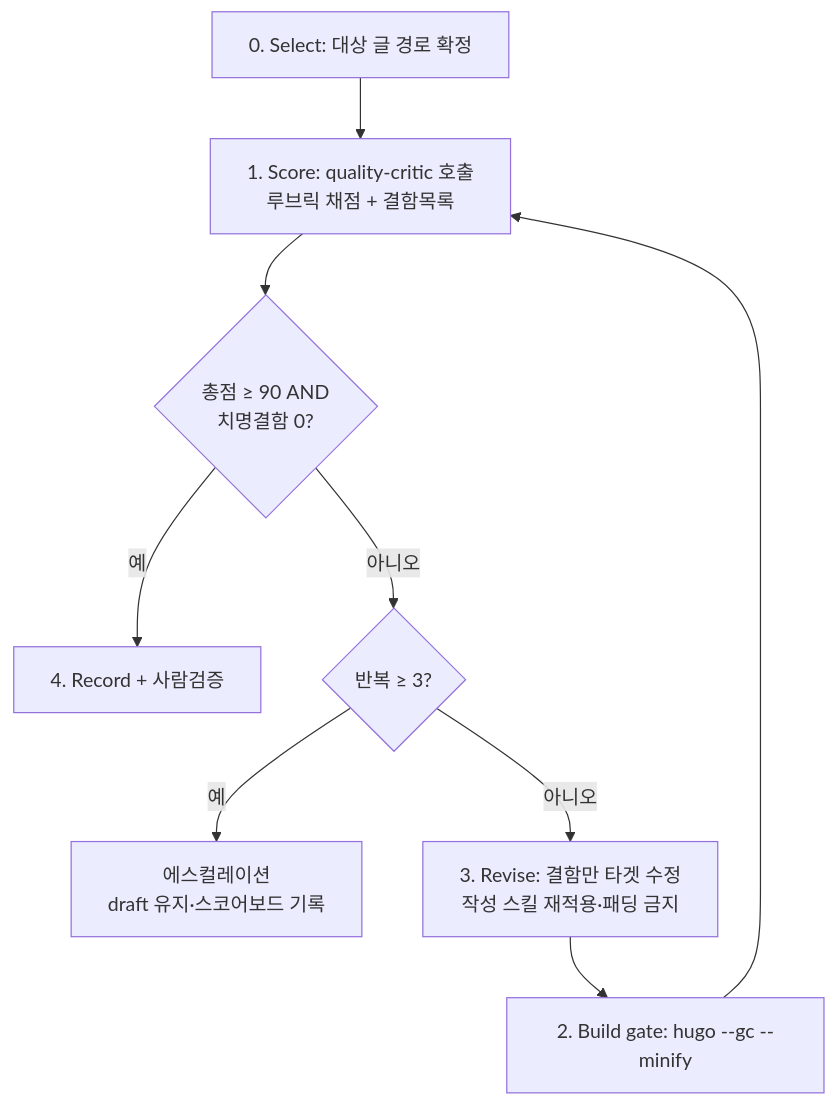
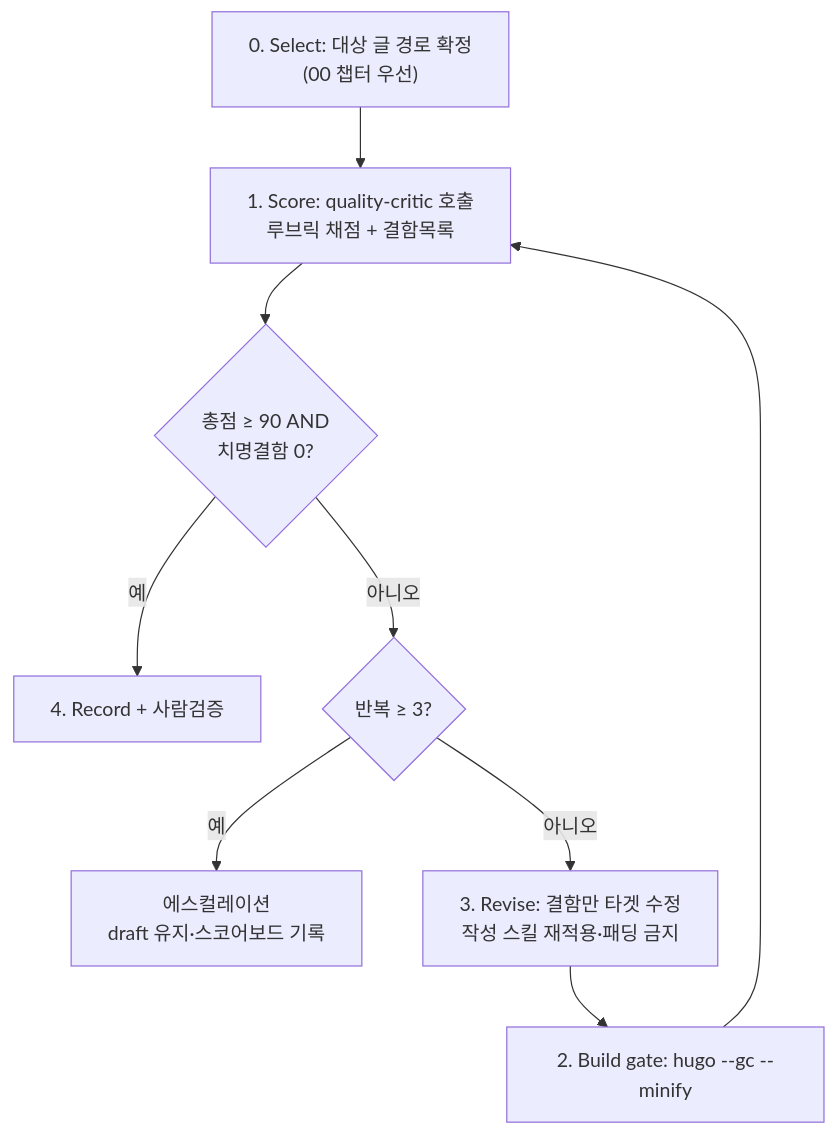
The diagram in .claude/skills/post-quality-loop/SKILL.md (42jerrykim/42jerrykim.github.io), drawn with Mermaid before and after one commit. The commit also changed other lines of this file and 2 other files, not shown here.

Commit message:
refactor: update quality-critic and post-quality-loop to enhance curriculum evaluation criteria

````diff
--- a/.claude/skills/post-quality-loop/SKILL.md
+++ b/.claude/skills/post-quality-loop/SKILL.md
@@ -19,11 +19,11 @@
 ```mermaid
 flowchart TD
-    A["0. Select: 대상 글 경로 확정"] --> B["1. Score: quality-critic 호출<br/>루브릭 채점 + 결함목록"]
+    A["0. Select: 대상 글 경로 확정<br/>(00 챕터 우선)"] --> B["1. Score: quality-critic 호출<br/>루브릭 채점 + 결함목록"]
     B --> C{"총점 ≥ 90 AND<br/>치명결함 0?"}
     C -->|"예"| E["4. Record + 사람검증"]
     C -->|"아니오"| D{"반복 ≥ 3?"}
     D -->|"예"| F["에스컬레이션<br/>draft 유지·스코어보드 기록"]
     D -->|"아니오"| G["3. Revise: 결함만 타겟 수정<br/>작성 스킬 재적용·패딩 금지"]
     G --> H["2. Build gate: hugo --gc --minify"]
     H --> B
 ```
````
